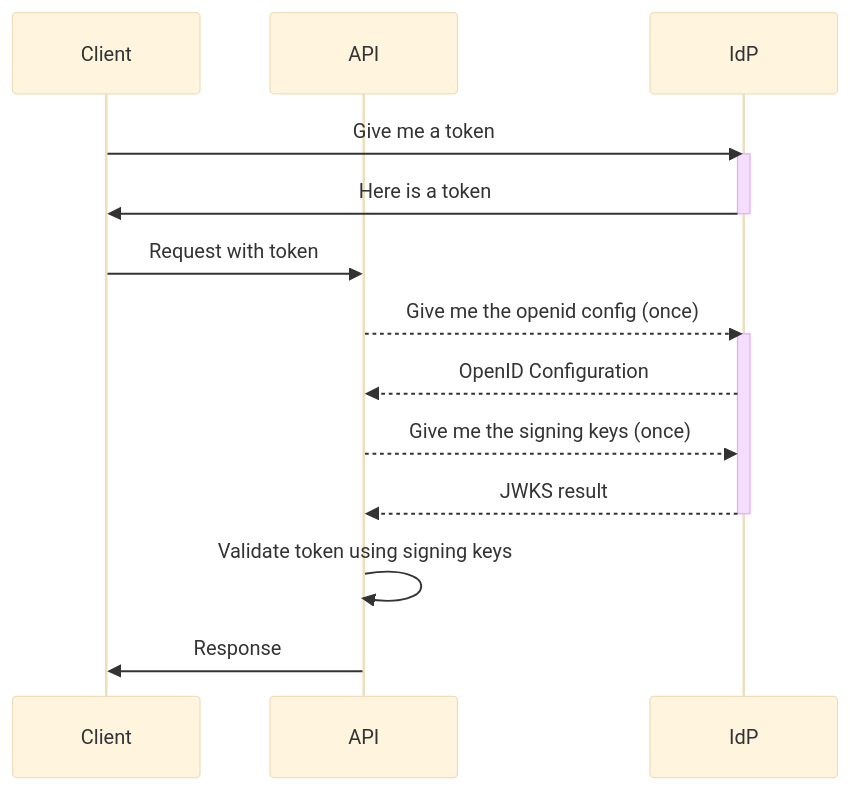
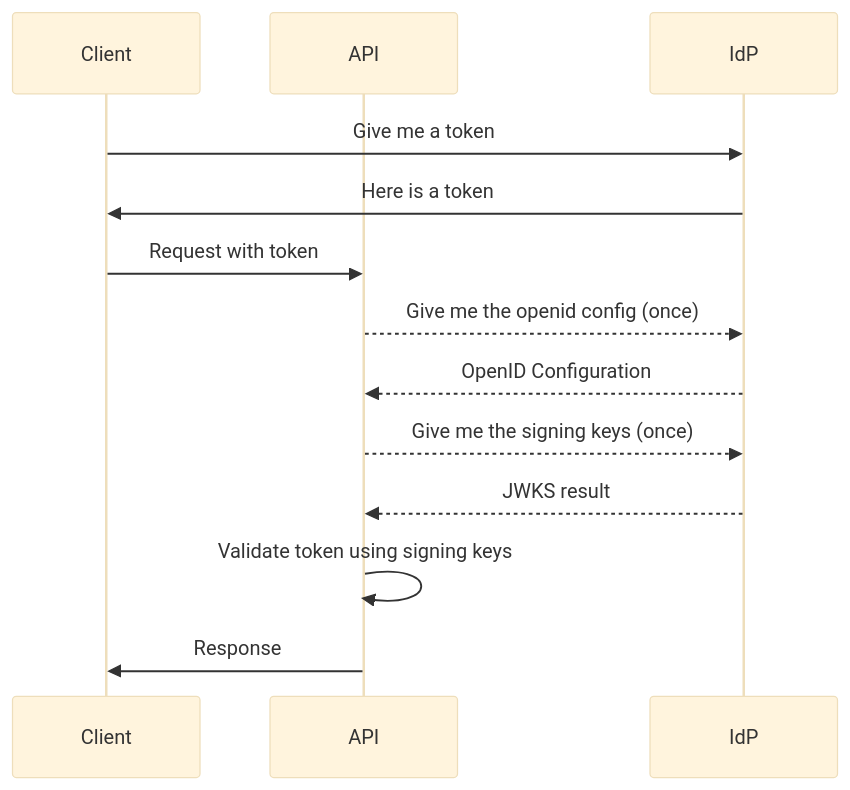
Before and after one commit to svrooij/identityproxy: the first of 2 diagrams in README.md, drawn with Mermaid (base theme). The commit also changed other lines of this file, not shown here.

Commit message:
docs: No activation in flow diagrams

````diff
--- a/README.md
+++ b/README.md
@@ -92,19 +92,15 @@
 ```mermaid
   sequenceDiagram
     participant Client
     participant API
     participant IdP
     Client->>IdP: Give me a token
-    activate IdP
     IdP->>Client: Here is a token
-    deactivate IdP
     Client->>API: Request with token
     API-->>IdP: Give me the openid config (once)
-    activate IdP
     IdP-->>API: OpenID Configuration
     API-->>IdP: Give me the signing keys (once)
     IdP-->>API: JWKS result
-    deactivate IdP
     API->>API: Validate token using signing keys
     API->>Client: Response
 ```
````
